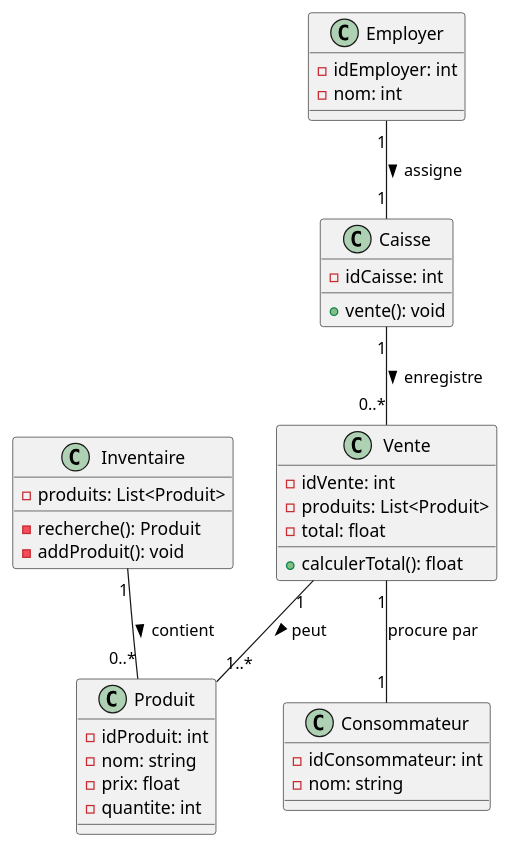
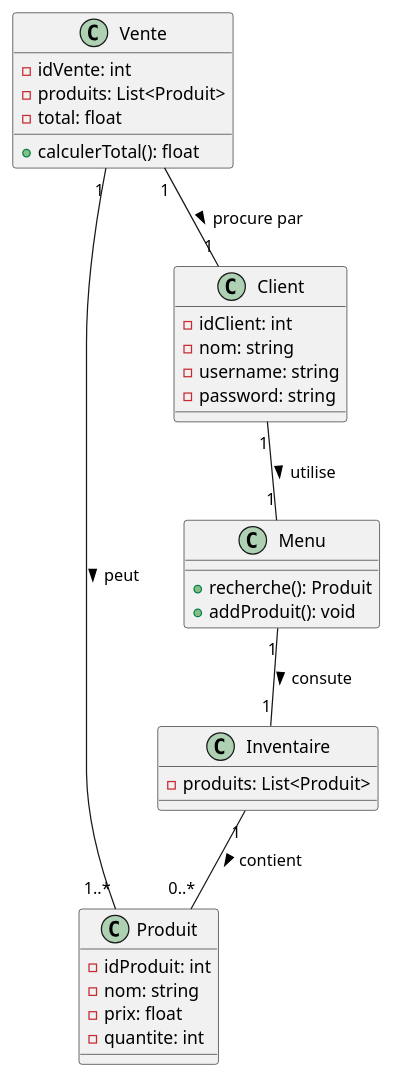
One commit to Barlow-Personal-Git/LOG430_Barlow_Etape_1 changed the diagram in docs/UML/diagramme_class.puml. Above: the diagram before and after it, drawn with PlantUML. The commit also changed 4 other files, not shown here.

Commit message:
Added UML(4+1)

```diff
--- a/docs/UML/diagramme_class.puml
+++ b/docs/UML/diagramme_class.puml
@@ -1,44 +1,39 @@
 @startuml
 
 class Produit {
     -idProduit: int
     -nom: string
     -prix: float
     -quantite: int
 }
 
 class Inventaire {
     -produits: List<Produit>
-    -recherche(): Produit
-    -addProduit(): void
 }
 
 class Vente {
     -idVente: int
     -produits: List<Produit>
     -total: float
     +calculerTotal(): float
 }
 
-class Caisse {
-    -idCaisse: int
-    +vente(): void
+class Menu {
+    +recherche(): Produit
+    +addProduit(): void
 }
 
-class Employer {
-    -idEmployer: int
-    -nom: int
-}
-
-class Consommateur {
-    -idConsommateur: int
+class Client {
+    -idClient: int
     -nom: string
+    -username: string
+    -password: string
 }
 
 Inventaire "1" -- "0..*" Produit : contient >
 Vente "1" -- "1..*" Produit : peut >
-Caisse "1" -- "0..*" Vente : enregistre >
-Employer "1" -- "1" Caisse : assigne >
-Vente "1" -- "1" Consommateur : procure par
+Menu "1" -- "1" Inventaire : consute >
+Client "1" -- "1" Menu : utilise >
+Vente "1" -- "1" Client : procure par >
 
 @enduml
```
